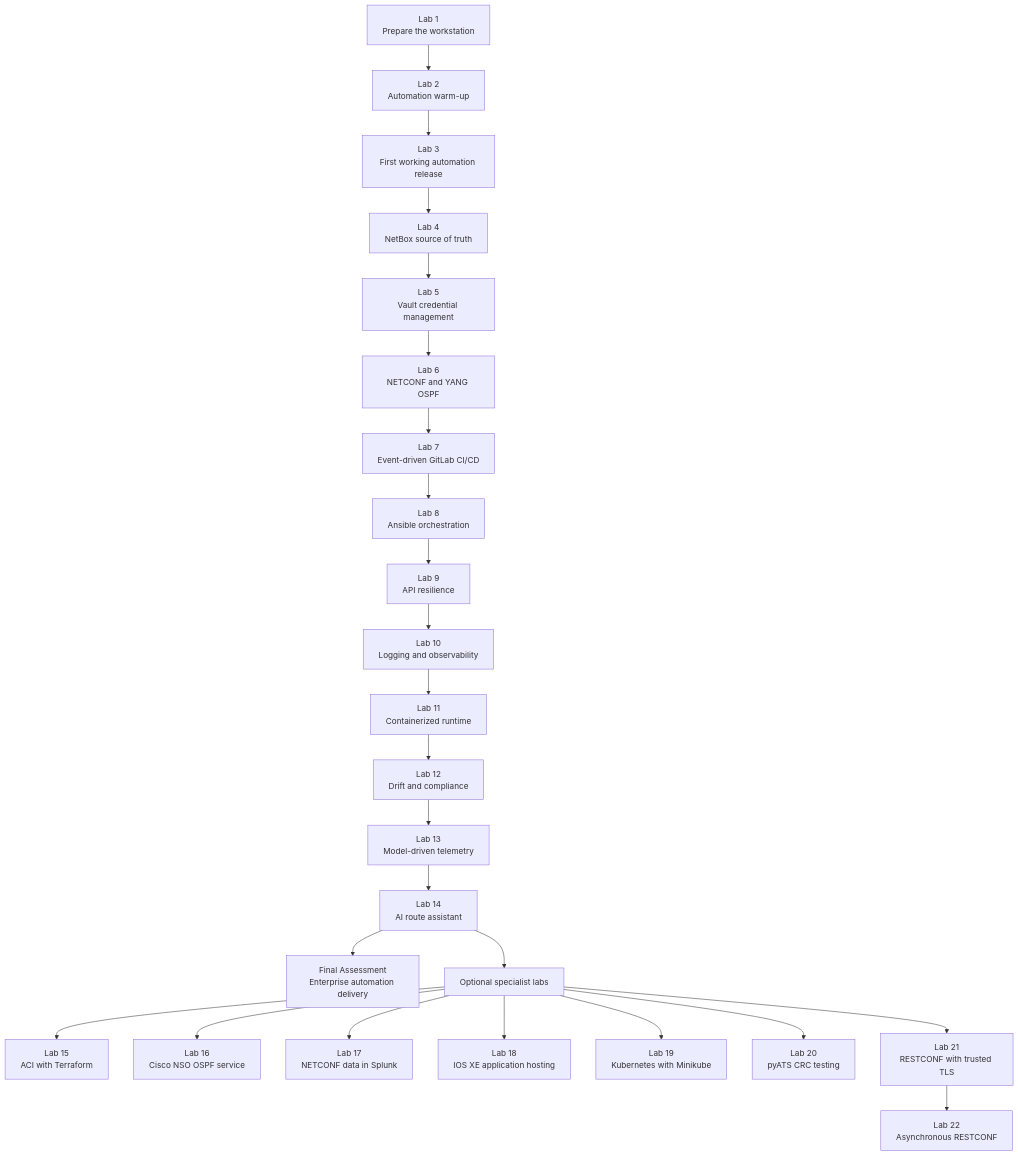
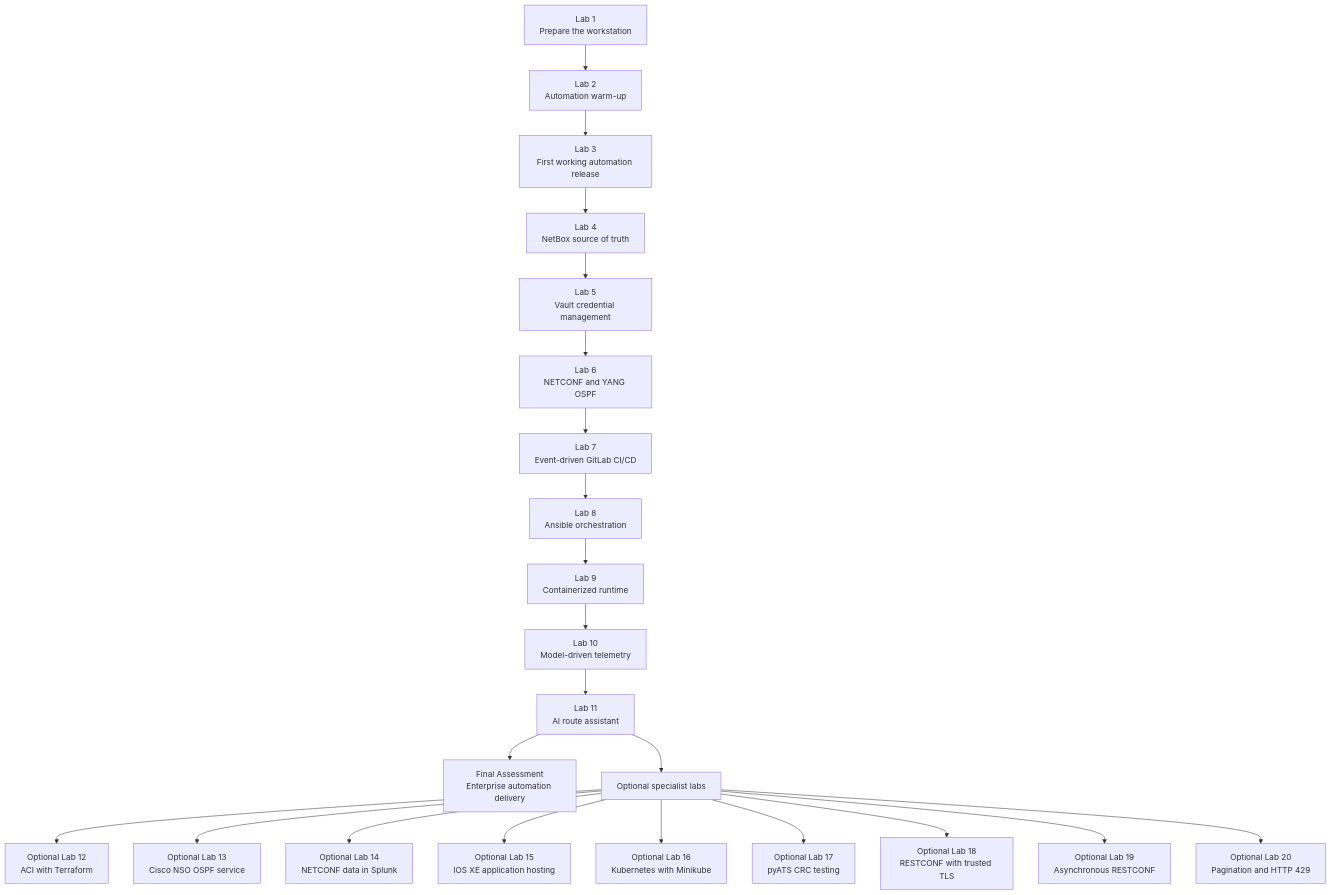
Before and after one commit to tanthanh85/CCNPAUTO: the second of 8 diagrams in LAB/README.md, drawn with Mermaid. The commit also changed other lines of this file and 113 other files, not shown here.

````diff
--- a/LAB/README.md
+++ b/LAB/README.md
@@ -103,51 +115,47 @@
 ```mermaid
 flowchart TD
     L1["Lab 1<br/>Prepare the workstation"]
     L2["Lab 2<br/>Automation warm-up"]
     L3["Lab 3<br/>First working automation release"]
     L4["Lab 4<br/>NetBox source of truth"]
     L5["Lab 5<br/>Vault credential management"]
     L6["Lab 6<br/>NETCONF and YANG OSPF"]
     L7["Lab 7<br/>Event-driven GitLab CI/CD"]
     L8["Lab 8<br/>Ansible orchestration"]
-    L9["Lab 9<br/>API resilience"]
-    L10["Lab 10<br/>Logging and observability"]
-    L11["Lab 11<br/>Containerized runtime"]
-    L12["Lab 12<br/>Drift and compliance"]
-    L13["Lab 13<br/>Model-driven telemetry"]
-    L14["Lab 14<br/>AI route assistant"]
+    L9["Lab 9<br/>Containerized runtime"]
+    L10["Lab 10<br/>Model-driven telemetry"]
+    L11["Lab 11<br/>AI route assistant"]
     FINAL["Final Assessment<br/>Enterprise automation delivery"]
     OPTIONAL["Optional specialist labs"]
-    L15["Lab 15<br/>ACI with Terraform"]
-    L16["Lab 16<br/>Cisco NSO OSPF service"]
-    L17["Lab 17<br/>NETCONF data in Splunk"]
-    L18["Lab 18<br/>IOS XE application hosting"]
-    L19["Lab 19<br/>Kubernetes with Minikube"]
-    L20["Lab 20<br/>pyATS CRC testing"]
-    L21["Lab 21<br/>RESTCONF with trusted TLS"]
-    L22["Lab 22<br/>Asynchronous RESTCONF"]
+    L12["Optional Lab 12<br/>ACI with Terraform"]
+    L13["Optional Lab 13<br/>Cisco NSO OSPF service"]
+    L14["Optional Lab 14<br/>NETCONF data in Splunk"]
+    L15["Optional Lab 15<br/>IOS XE application hosting"]
+    L16["Optional Lab 16<br/>Kubernetes with Minikube"]
+    L17["Optional Lab 17<br/>pyATS CRC testing"]
+    L18["Optional Lab 18<br/>RESTCONF with trusted TLS"]
+    L19["Optional Lab 19<br/>Asynchronous RESTCONF"]
+    L20["Optional Lab 20<br/>Pagination and HTTP 429"]
 
     L1 --> L2
     L2 --> L3
     L3 --> L4
     L4 --> L5
     L5 --> L6
     L6 --> L7
     L7 --> L8
     L8 --> L9
     L9 --> L10
     L10 --> L11
-    L11 --> L12
-    L12 --> L13
-    L13 --> L14
-    L14 --> FINAL
-    L14 --> OPTIONAL
+    L11 --> FINAL
+    L11 --> OPTIONAL
+    OPTIONAL --> L12
+    OPTIONAL --> L13
+    OPTIONAL --> L14
     OPTIONAL --> L15
     OPTIONAL --> L16
     OPTIONAL --> L17
     OPTIONAL --> L18
     OPTIONAL --> L19
     OPTIONAL --> L20
-    OPTIONAL --> L21
-    L21 --> L22
 ```
````
